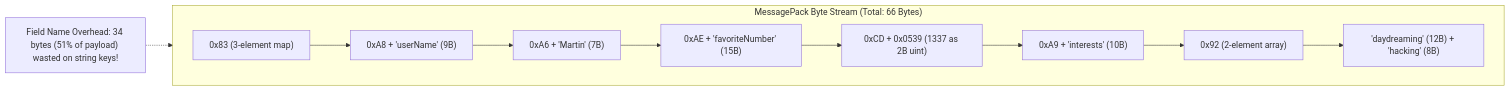
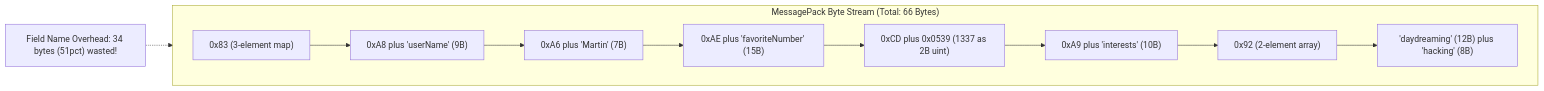
Before and after one commit to 1mimhe/books-summery: the second of 8 diagrams in 01 Designing Data-Intensive Applications/chapter-05-encoding-and-evolution.md, drawn with Mermaid. The commit also changed other lines of this file and 1 other file, not shown here.

````diff
--- a/01 Designing Data-Intensive Applications/chapter-05-encoding-and-evolution.md
+++ b/01 Designing Data-Intensive Applications/chapter-05-encoding-and-evolution.md
@@ -295,18 +208,16 @@
 ```mermaid
 flowchart LR
   subgraph MP["MessagePack Byte Stream (Total: 66 Bytes)"]
     direction LR
     B1["0x83 (3-element map)"]
-    B2["0xA8 + 'userName' (9B)"]
-    B3["0xA6 + 'Martin' (7B)"]
-    B4["0xAE + 'favoriteNumber' (15B)"]
-    B5["0xCD + 0x0539 (1337 as 2B uint)"]
-    B6["0xA9 + 'interests' (10B)"]
+    B2["0xA8 plus 'userName' (9B)"]
+    B3["0xA6 plus 'Martin' (7B)"]
+    B4["0xAE plus 'favoriteNumber' (15B)"]
+    B5["0xCD plus 0x0539 (1337 as 2B uint)"]
+    B6["0xA9 plus 'interests' (10B)"]
     B7["0x92 (2-element array)"]
-    B8["'daydreaming' (12B) + 'hacking' (8B)"]
+    B8["'daydreaming' (12B) plus 'hacking' (8B)"]
   end
-
   B1 --> B2 --> B3 --> B4 --> B5 --> B6 --> B7 --> B8
-
-  NOTE["Field Name Overhead: 34 bytes (51% of payload) wasted on string keys!"] -.-> MP
+  NOTE["Field Name Overhead: 34 bytes (51pct) wasted!"] -.-> MP
 ```
````
